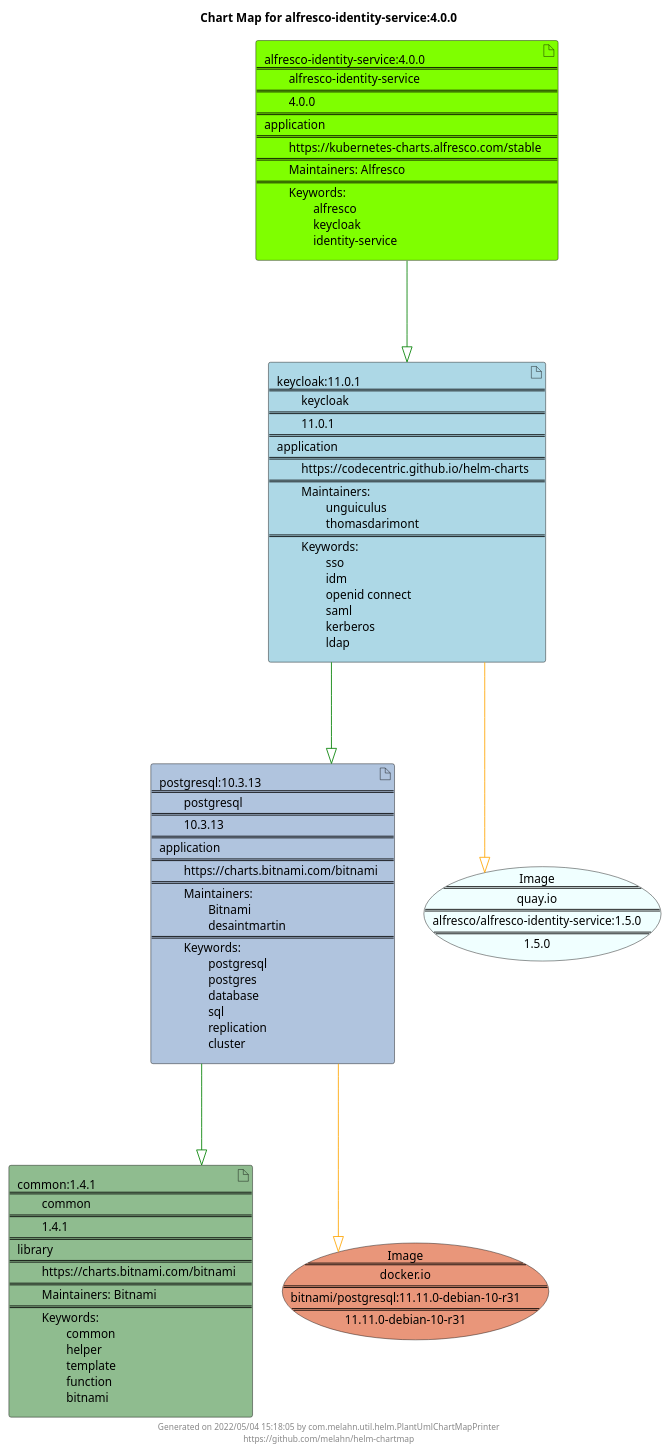
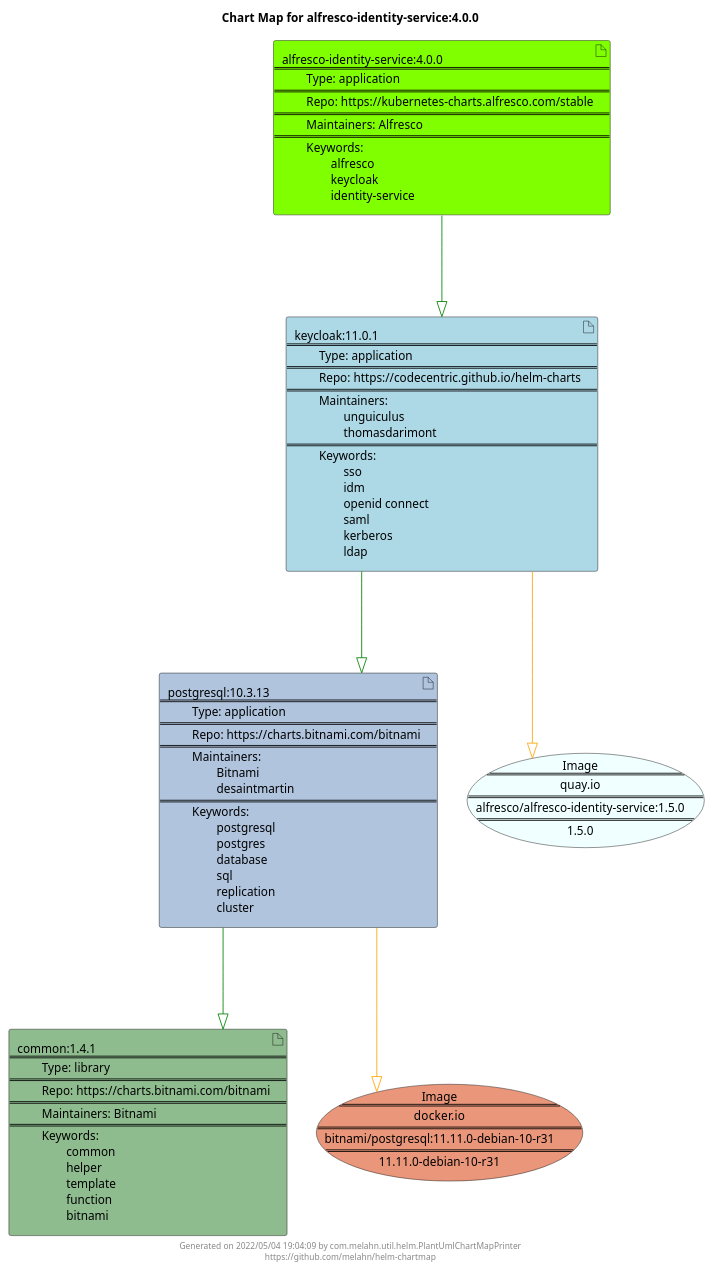
One commit to melahn/helm-chartmap changed the diagram in docs/alfresco-identity-service/alfresco-identity-service-4.0.0.puml. Above: the diagram before and after it, drawn with PlantUML. The commit also changed 54 other files, not shown here.

Commit message:
Update Example Chart Maps as part of GitHub build

```diff
--- a/docs/alfresco-identity-service/alfresco-identity-service-4.0.0.puml
+++ b/docs/alfresco-identity-service/alfresco-identity-service-4.0.0.puml
@@ -1,29 +1,29 @@
 @startuml
 skinparam linetype ortho
 skinparam backgroundColor white
 skinparam usecaseBorderColor black
 skinparam usecaseArrowColor LightSlateGray
 skinparam artifactBorderColor black
 skinparam artifactArrowColor LightSlateGray
 
 title Chart Map for alfresco-identity-service:4.0.0
 
 'There are 4 referenced Helm Charts
-artifact "common:1.4.1\n====\n\tcommon\n====\n\t1.4.1\n====\nlibrary\n====\n\thttps://charts.bitnami.com/bitnami\n====\n\tMaintainers: Bitnami\n====\n\tKeywords: \n\t\tcommon\n\t\thelper\n\t\ttemplate\n\t\tfunction\n\t\tbitnami" as common_1_4_1 #DarkSeaGreen
-artifact "alfresco-identity-service:4.0.0\n====\n\talfresco-identity-service\n====\n\t4.0.0\n====\napplication\n====\n\thttps://kubernetes-charts.alfresco.com/stable\n====\n\tMaintainers: Alfresco\n====\n\tKeywords: \n\t\talfresco\n\t\tkeycloak\n\t\tidentity-service" as alfresco_identity_service_4_0_0 #Chartreuse
-artifact "postgresql:10.3.13\n====\n\tpostgresql\n====\n\t10.3.13\n====\napplication\n====\n\thttps://charts.bitnami.com/bitnami\n====\n\tMaintainers: \n\t\tBitnami\n\t\tdesaintmartin\n====\n\tKeywords: \n\t\tpostgresql\n\t\tpostgres\n\t\tdatabase\n\t\tsql\n\t\treplication\n\t\tcluster" as postgresql_10_3_13 #LightSteelBlue
-artifact "keycloak:11.0.1\n====\n\tkeycloak\n====\n\t11.0.1\n====\napplication\n====\n\thttps://codecentric.github.io/helm-charts\n====\n\tMaintainers: \n\t\tunguiculus\n\t\tthomasdarimont\n====\n\tKeywords: \n\t\tsso\n\t\tidm\n\t\topenid connect\n\t\tsaml\n\t\tkerberos\n\t\tldap" as keycloak_11_0_1 #LightBlue
+artifact "common:1.4.1\n====\n\tType: library\n====\n\tRepo: https://charts.bitnami.com/bitnami\n====\n\tMaintainers: Bitnami\n====\n\tKeywords: \n\t\tcommon\n\t\thelper\n\t\ttemplate\n\t\tfunction\n\t\tbitnami" as common_1_4_1 #DarkSeaGreen
+artifact "alfresco-identity-service:4.0.0\n====\n\tType: application\n====\n\tRepo: https://kubernetes-charts.alfresco.com/stable\n====\n\tMaintainers: Alfresco\n====\n\tKeywords: \n\t\talfresco\n\t\tkeycloak\n\t\tidentity-service" as alfresco_identity_service_4_0_0 #Chartreuse
+artifact "postgresql:10.3.13\n====\n\tType: application\n====\n\tRepo: https://charts.bitnami.com/bitnami\n====\n\tMaintainers: \n\t\tBitnami\n\t\tdesaintmartin\n====\n\tKeywords: \n\t\tpostgresql\n\t\tpostgres\n\t\tdatabase\n\t\tsql\n\t\treplication\n\t\tcluster" as postgresql_10_3_13 #LightSteelBlue
+artifact "keycloak:11.0.1\n====\n\tType: application\n====\n\tRepo: https://codecentric.github.io/helm-charts\n====\n\tMaintainers: \n\t\tunguiculus\n\t\tthomasdarimont\n====\n\tKeywords: \n\t\tsso\n\t\tidm\n\t\topenid connect\n\t\tsaml\n\t\tkerberos\n\t\tldap" as keycloak_11_0_1 #LightBlue
 
 'There are 2 referenced Docker Images
 usecase "Image\n====\nquay.io\n====\nalfresco/alfresco-identity-service:1.5.0\n====\n1.5.0" as quay_io_alfresco_alfresco_identity_service_1_5_0 #Azure
 usecase "Image\n====\ndocker.io\n====\nbitnami/postgresql:11.11.0-debian-10-r31\n====\n11.11.0-debian-10-r31" as docker_io_bitnami_postgresql_11_11_0_debian_10_r31 #DarkSalmon
 
 'Chart Dependencies
 alfresco_identity_service_4_0_0--[#green]-|>keycloak_11_0_1
 keycloak_11_0_1--[#green]-|>postgresql_10_3_13
 postgresql_10_3_13--[#green]-|>common_1_4_1
 postgresql_10_3_13--[#orange]-|>docker_io_bitnami_postgresql_11_11_0_debian_10_r31
 keycloak_11_0_1--[#orange]-|>quay_io_alfresco_alfresco_identity_service_1_5_0
 
-center footer Generated on 2022/05/04 15:18:05 by com.melahn.util.helm.PlantUmlChartMapPrinter\nhttps://github.com/melahn/helm-chartmap
+center footer Generated on 2022/05/04 19:04:09 by com.melahn.util.helm.PlantUmlChartMapPrinter\nhttps://github.com/melahn/helm-chartmap
 @enduml
```
